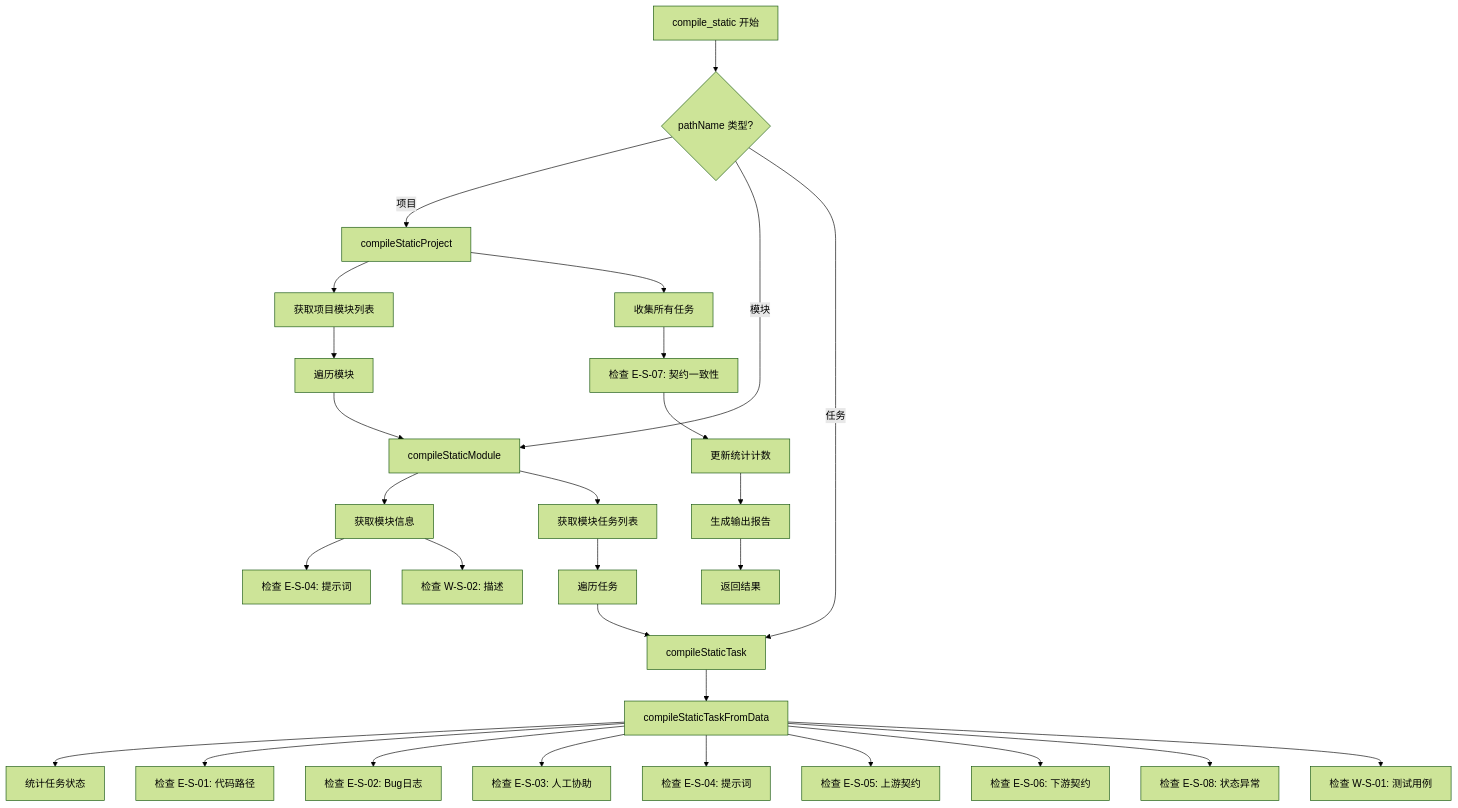
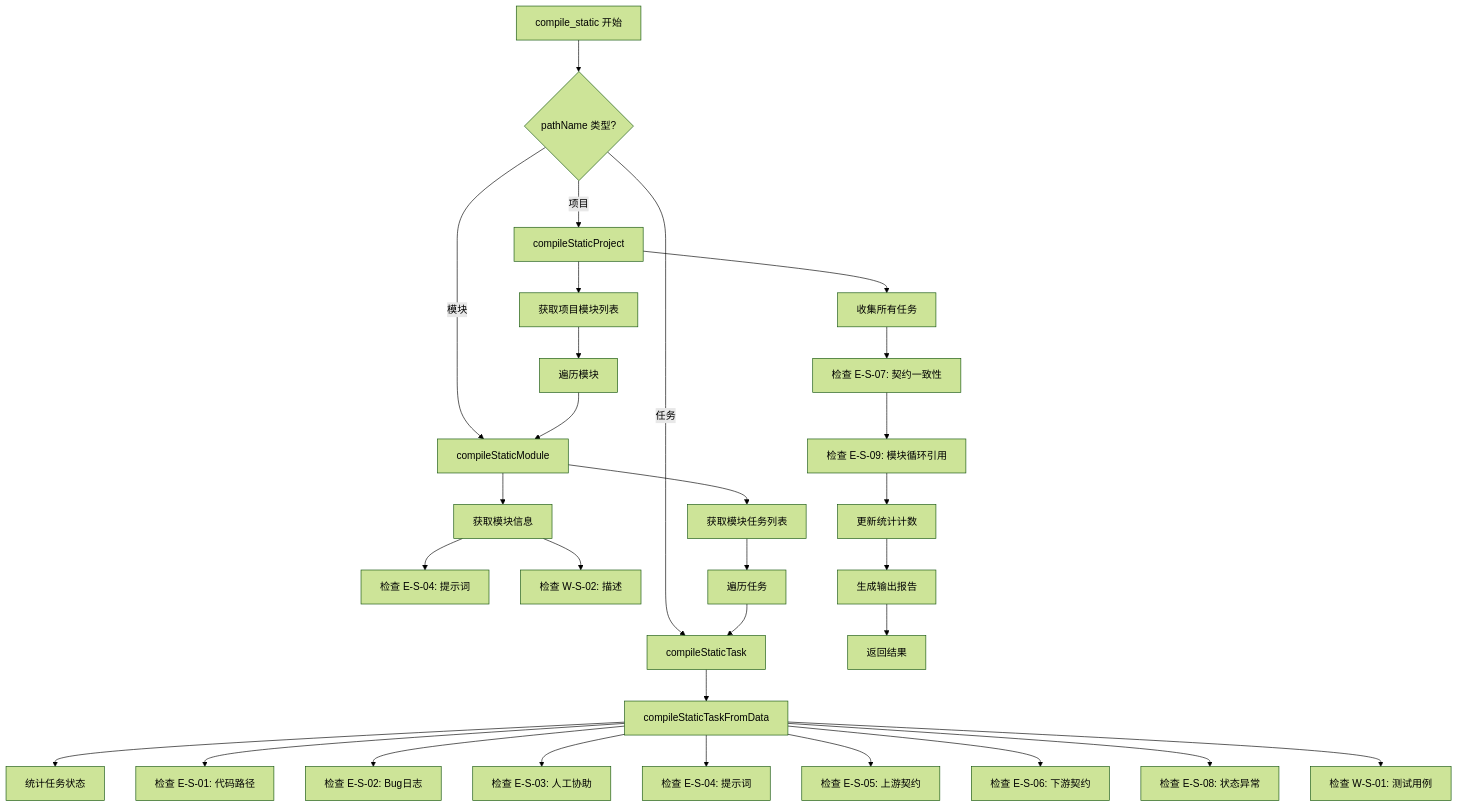
Before and after one commit to lujunchen71/AITDD: the first of 3 diagrams in plans/static-compile-fix-plan.md, drawn with Mermaid (forest theme). The commit also changed other lines of this file and 9 other files, not shown here.

````diff
--- a/plans/static-compile-fix-plan.md
+++ b/plans/static-compile-fix-plan.md
@@ -1363,37 +1525,38 @@
 ```mermaid
 flowchart TD
     A[compile_static 开始] --> B{pathName 类型?}
     
     B -->|项目| C[compileStaticProject]
     B -->|模块| D[compileStaticModule]
     B -->|任务| E[compileStaticTask]
     
     C --> F[获取项目模块列表]
     F --> G[遍历模块]
     G --> D
     
     D --> H[获取模块信息]
     H --> I[检查 E-S-04: 提示词]
     H --> J[检查 W-S-02: 描述]
     D --> K[获取模块任务列表]
     K --> L[遍历任务]
     L --> E
     
     E --> M[compileStaticTaskFromData]
     M --> N[统计任务状态]
     M --> O[检查 E-S-01: 代码路径]
     M --> P[检查 E-S-02: Bug日志]
     M --> Q[检查 E-S-03: 人工协助]
     M --> R[检查 E-S-04: 提示词]
     M --> S[检查 E-S-05: 上游契约]
     M --> T[检查 E-S-06: 下游契约]
     M --> U[检查 E-S-08: 状态异常]
     M --> V[检查 W-S-01: 测试用例]
     
     C --> W[收集所有任务]
     W --> X[检查 E-S-07: 契约一致性]
     
-    X --> Y[更新统计计数]
+    X --> X2[检查 E-S-09: 模块循环引用]
+    X2 --> Y[更新统计计数]
     Y --> Z[生成输出报告]
     Z --> AA[返回结果]
 ```
````
